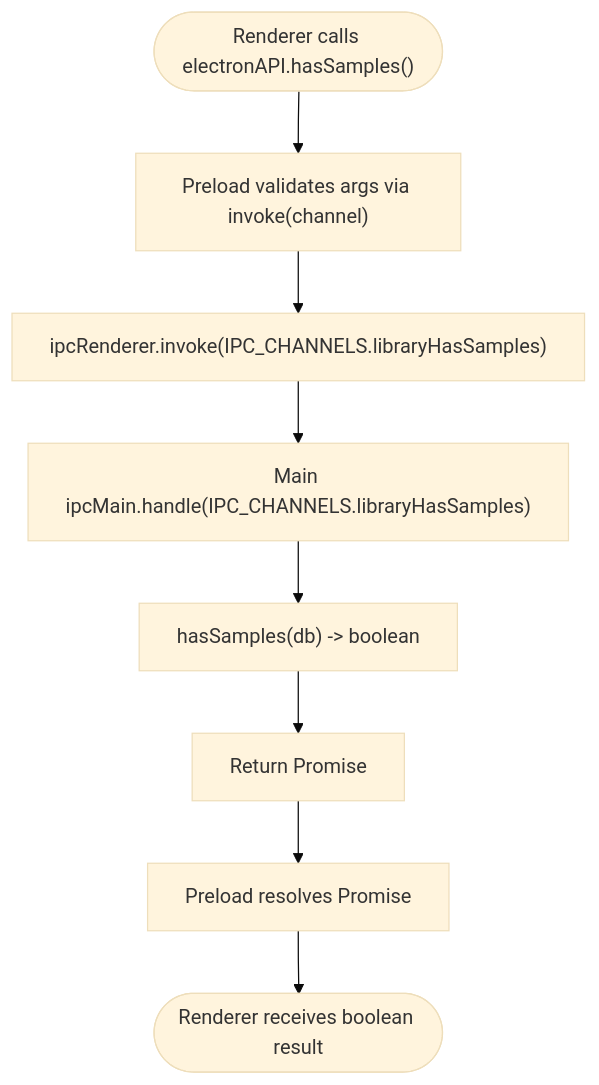
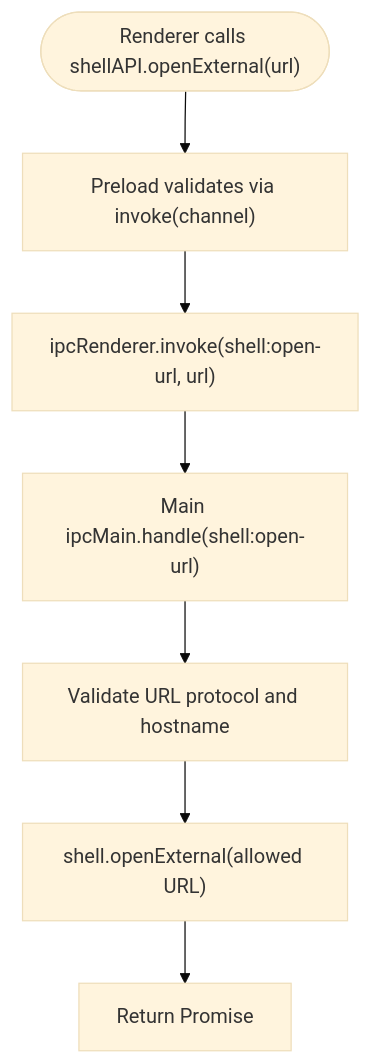
One commit to satyrlord/mixjam-electron changed the sixth of 8 diagrams in .qoder/repowiki/en/content/IPC Communication.md. Above: the diagram before and after it, drawn with Mermaid (base theme). The commit also changed other lines of this file and 51 other files, not shown here.

````diff
--- a/.qoder/repowiki/en/content/IPC Communication.md
+++ b/.qoder/repowiki/en/content/IPC Communication.md
@@ -260,10 +246,9 @@
 ```mermaid
 flowchart TD
-Start(["Renderer calls electronAPI.hasSamples()"]) --> Check["Preload validates args via invoke(channel)"]
-Check --> Send["ipcRenderer.invoke(IPC_CHANNELS.libraryHasSamples)"]
-Send --> Main["Main ipcMain.handle(IPC_CHANNELS.libraryHasSamples)"]
-Main --> HasSamples["hasSamples(db) -> boolean"]
-HasSamples --> Return["Return Promise<boolean>"]
-Return --> Back["Preload resolves Promise"]
-Back --> Done(["Renderer receives boolean result"])
+Start(["Renderer calls shellAPI.openExternal(url)"]) --> Check["Preload validates via invoke(channel)"]
+Check --> Send["ipcRenderer.invoke(shell:open-url, url)"]
+Send --> Main["Main ipcMain.handle(shell:open-url)"]
+Main --> Validate["Validate URL protocol and hostname"]
+Validate --> Open["shell.openExternal(allowed URL)"]
+Open --> Return["Return Promise<void>"]
 ```
````
